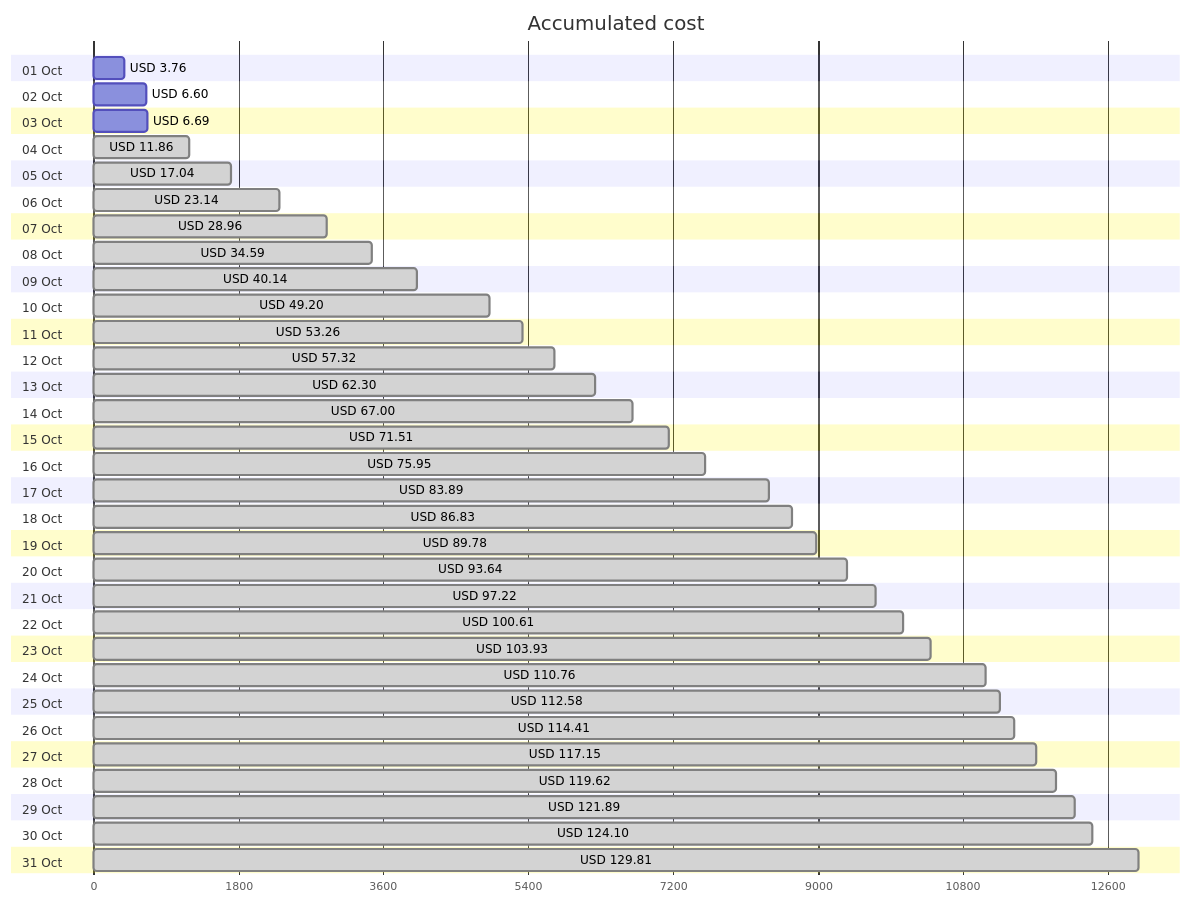
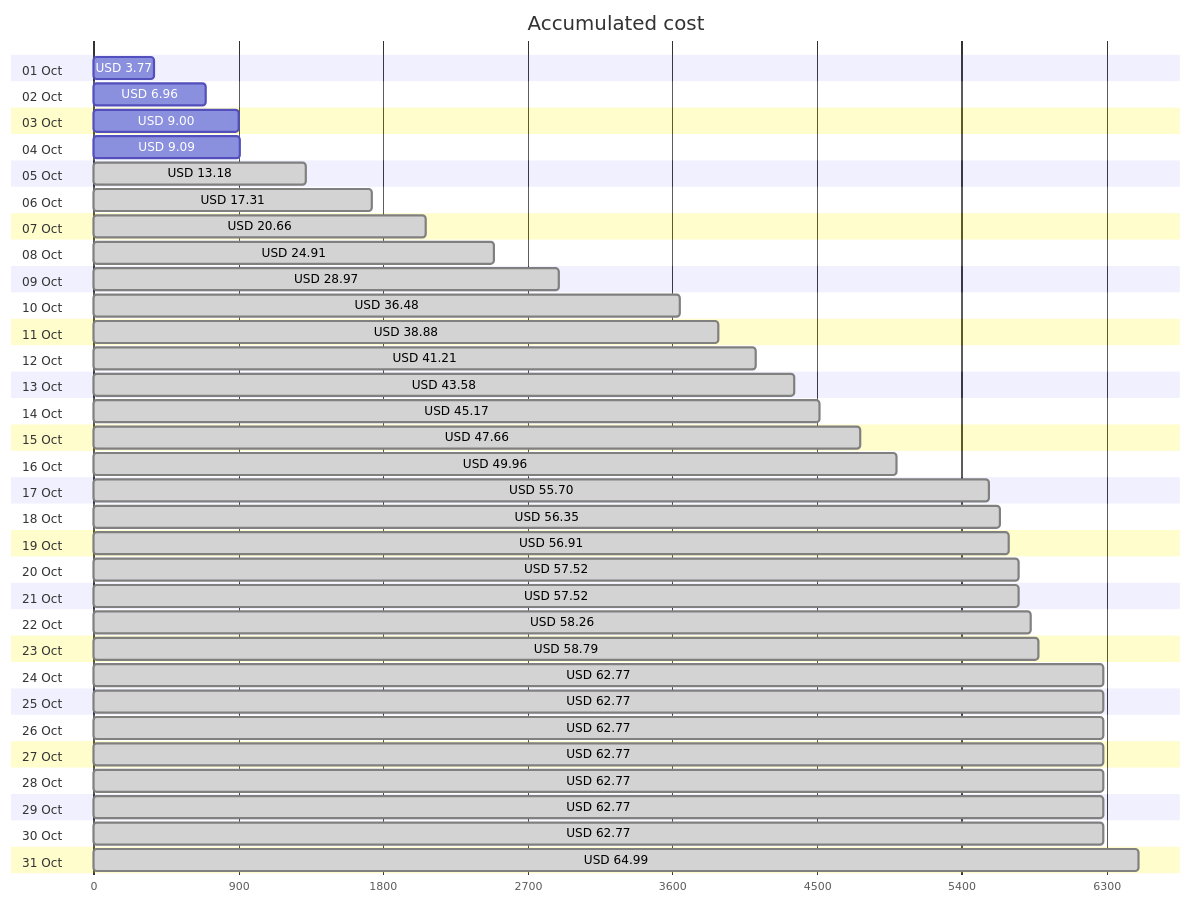
The first of 4 diagrams in cost-reports/accumulated-cost.md (jpfulton/azure-personal-reports), drawn with Mermaid before and after one commit. The commit also changed other lines of this file and 4 other files, not shown here.

````diff
--- a/cost-reports/accumulated-cost.md
+++ b/cost-reports/accumulated-cost.md
@@ -20,68 +20,68 @@
 ```mermaid
 gantt
    title Accumulated cost
    dateFormat  X
    axisFormat %s
    section 01 Oct
-   USD 3.76 :0, 376
+   USD 3.77 :0, 377
    section 02 Oct
-   USD 6.60 :0, 660
+   USD 6.96 :0, 696
    section 03 Oct
-   USD 6.69 :0, 669
+   USD 9.00 :0, 900
    section 04 Oct
-   USD 11.86 : done, 0, 1186
+   USD 9.09 :0, 909
    section 05 Oct
-   USD 17.04 : done, 0, 1704
+   USD 13.18 : done, 0, 1318
    section 06 Oct
-   USD 23.14 : done, 0, 2314
+   USD 17.31 : done, 0, 1731
    section 07 Oct
-   USD 28.96 : done, 0, 2896
+   USD 20.66 : done, 0, 2066
    section 08 Oct
-   USD 34.59 : done, 0, 3459
+   USD 24.91 : done, 0, 2491
    section 09 Oct
-   USD 40.14 : done, 0, 4014
+   USD 28.97 : done, 0, 2897
    section 10 Oct
-   USD 49.20 : done, 0, 4920
+   USD 36.48 : done, 0, 3648
    section 11 Oct
-   USD 53.26 : done, 0, 5326
+   USD 38.88 : done, 0, 3888
    section 12 Oct
-   USD 57.32 : done, 0, 5732
+   USD 41.21 : done, 0, 4121
    section 13 Oct
-   USD 62.30 : done, 0, 6230
+   USD 43.58 : done, 0, 4358
    section 14 Oct
-   USD 67.00 : done, 0, 6700
+   USD 45.17 : done, 0, 4517
    section 15 Oct
-   USD 71.51 : done, 0, 7151
+   USD 47.66 : done, 0, 4766
    section 16 Oct
-   USD 75.95 : done, 0, 7595
+   USD 49.96 : done, 0, 4996
    section 17 Oct
-   USD 83.89 : done, 0, 8389
+   USD 55.70 : done, 0, 5570
    section 18 Oct
-   USD 86.83 : done, 0, 8683
+   USD 56.35 : done, 0, 5635
    section 19 Oct
-   USD 89.78 : done, 0, 8978
+   USD 56.91 : done, 0, 5691
    section 20 Oct
-   USD 93.64 : done, 0, 9364
+   USD 57.52 : done, 0, 5752
    section 21 Oct
-   USD 97.22 : done, 0, 9722
+   USD 57.52 : done, 0, 5752
    section 22 Oct
-   USD 100.61 : done, 0, 10061
+   USD 58.26 : done, 0, 5826
    section 23 Oct
-   USD 103.93 : done, 0, 10393
+   USD 58.79 : done, 0, 5879
    section 24 Oct
-   USD 110.76 : done, 0, 11076
+   USD 62.77 : done, 0, 6277
    section 25 Oct
-   USD 112.58 : done, 0, 11258
+   USD 62.77 : done, 0, 6277
    section 26 Oct
-   USD 114.41 : done, 0, 11441
+   USD 62.77 : done, 0, 6277
    section 27 Oct
-   USD 117.15 : done, 0, 11715
+   USD 62.77 : done, 0, 6277
    section 28 Oct
-   USD 119.62 : done, 0, 11962
+   USD 62.77 : done, 0, 6277
    section 29 Oct
-   USD 121.89 : done, 0, 12189
+   USD 62.77 : done, 0, 6277
    section 30 Oct
-   USD 124.10 : done, 0, 12410
+   USD 62.77 : done, 0, 6277
    section 31 Oct
-   USD 129.81 : done, 0, 12981
+   USD 64.99 : done, 0, 6499
 ```
````
